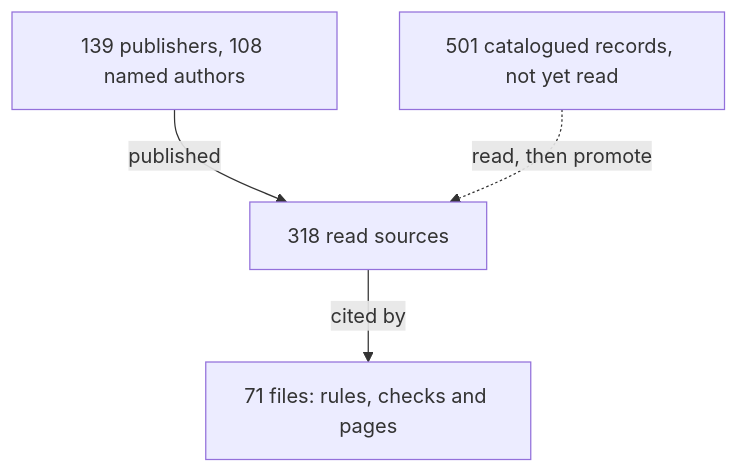
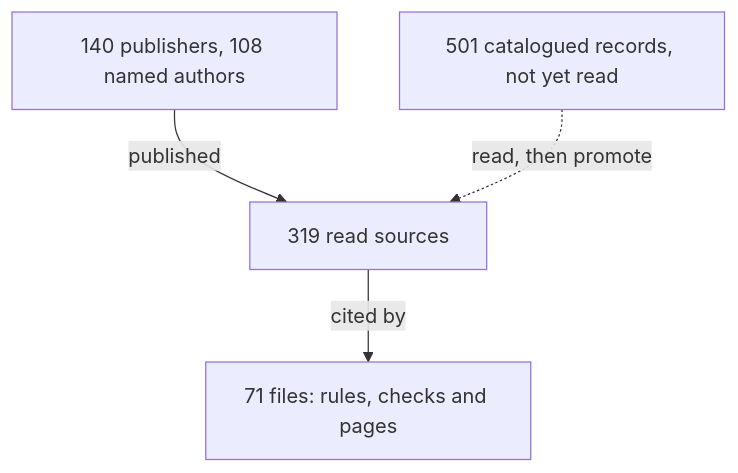
Before and after one commit to Valpatel/cad-agent: the diagram in docs/practice/experts.md, drawn with Mermaid. The commit also changed other lines of this file and 2 other files, not shown here.

````diff
--- a/docs/practice/experts.md
+++ b/docs/practice/experts.md
@@ -6,7 +6,7 @@
 ```mermaid
 flowchart TD
-  P["139 publishers, 108 named authors"] -->|published| S["318 read sources"]
+  P["140 publishers, 108 named authors"] -->|published| S["319 read sources"]
   S -->|cited by| U["71 files: rules, checks and pages"]
   C["501 catalogued records, not yet read"] -.->|read, then promote| S
   class S here
 ```
````
